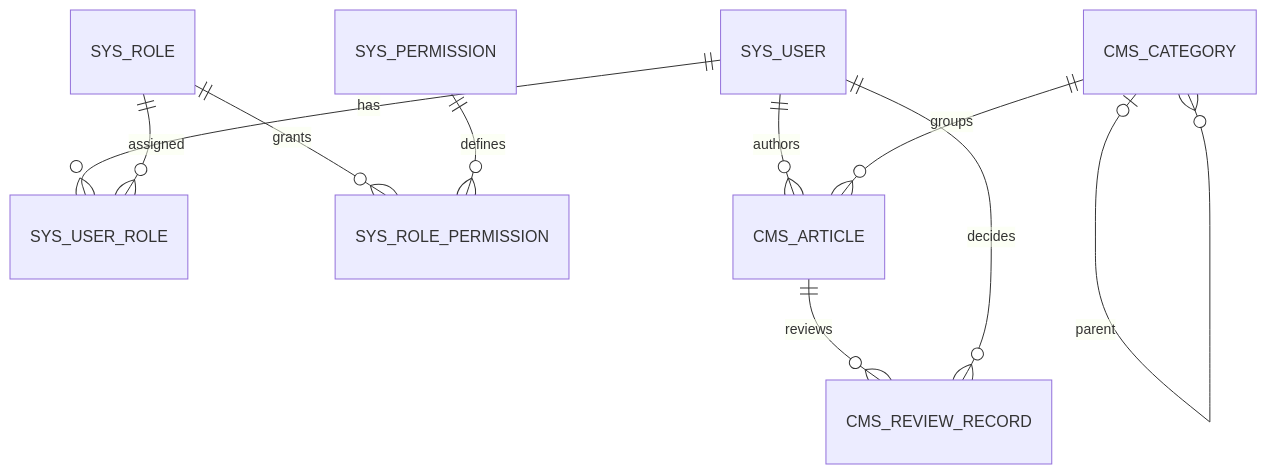
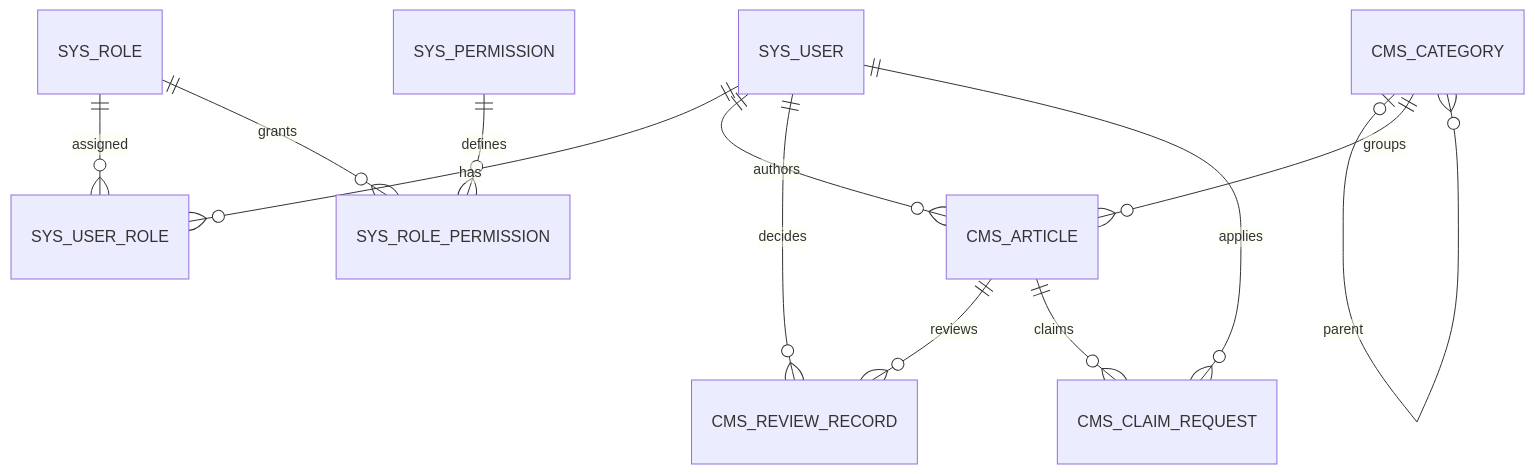
One commit to andong163/campus-lost-found-ssm changed the second of 4 diagrams in docs/architecture.md. Above: the diagram before and after it, drawn with Mermaid. The commit also changed other lines of this file and 44 other files, not shown here.

````diff
--- a/docs/architecture.md
+++ b/docs/architecture.md
@@ -19,12 +19,14 @@
 ```mermaid
 erDiagram
   SYS_USER ||--o{ SYS_USER_ROLE : has
   SYS_ROLE ||--o{ SYS_USER_ROLE : assigned
   SYS_ROLE ||--o{ SYS_ROLE_PERMISSION : grants
   SYS_PERMISSION ||--o{ SYS_ROLE_PERMISSION : defines
   SYS_USER ||--o{ CMS_ARTICLE : authors
   CMS_CATEGORY o|--o{ CMS_CATEGORY : parent
   CMS_CATEGORY ||--o{ CMS_ARTICLE : groups
   CMS_ARTICLE ||--o{ CMS_REVIEW_RECORD : reviews
   SYS_USER ||--o{ CMS_REVIEW_RECORD : decides
+  CMS_ARTICLE ||--o{ CMS_CLAIM_REQUEST : claims
+  SYS_USER ||--o{ CMS_CLAIM_REQUEST : applies
 ```
````
